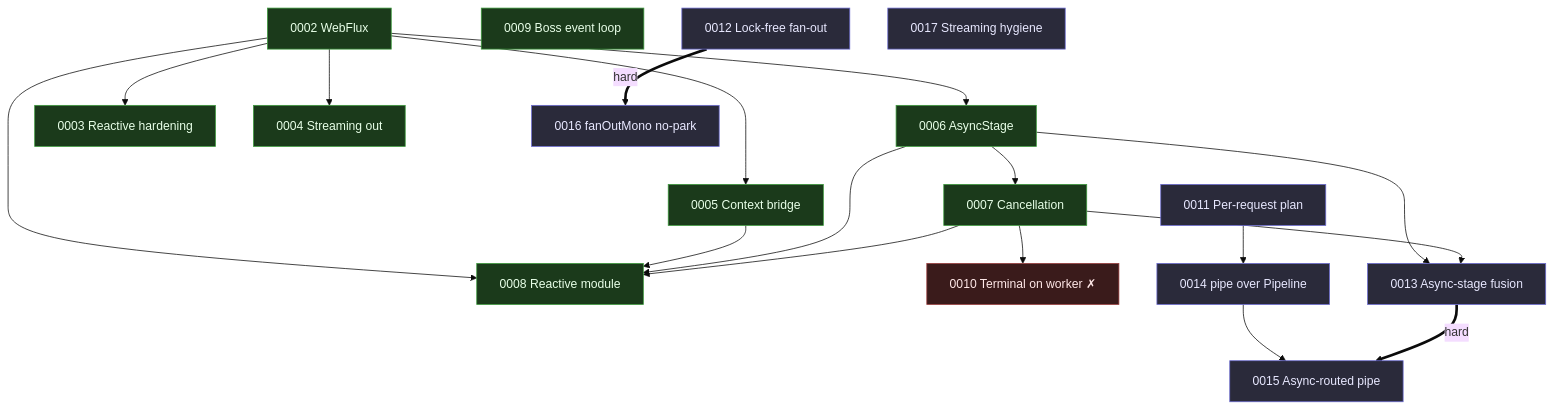
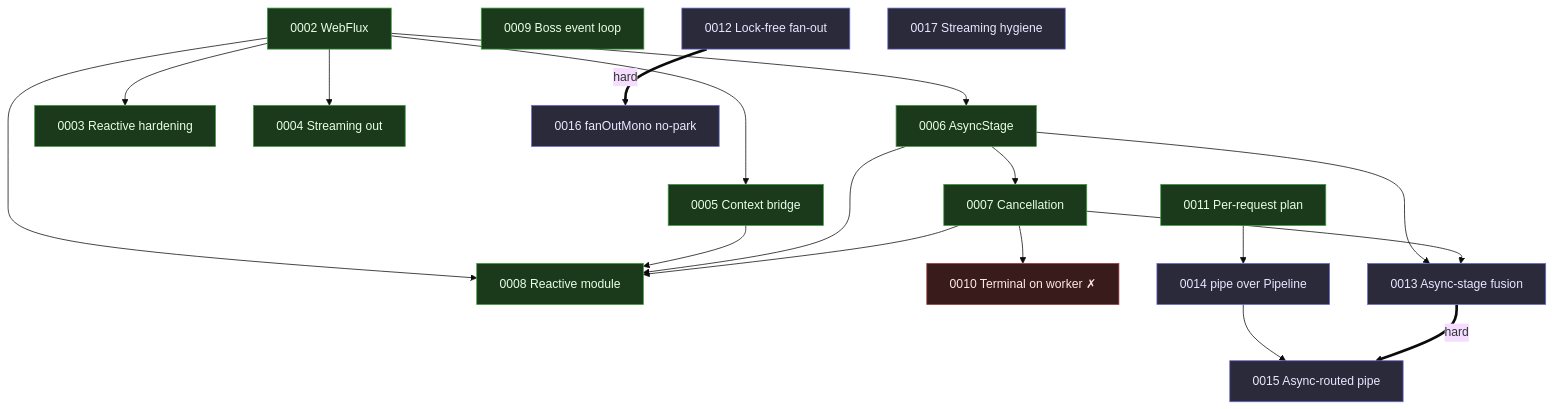
One commit to fabiangftech/nioflow changed the diagram in docs/rfc/0000-index.md. Above: the diagram before and after it, drawn with Mermaid (base theme). The commit also changed other lines of this file and 17 other files, not shown here.

````diff
--- a/docs/rfc/0000-index.md
+++ b/docs/rfc/0000-index.md
@@ -35,40 +37,40 @@
 ```mermaid
 flowchart TD
     classDef done fill:#1b3a1b,stroke:#3c9a3c,color:#e8ffe8
     classDef prop fill:#2a2a3a,stroke:#6a6ad0,color:#e8e8ff
     classDef rej fill:#3a1b1b,stroke:#9a3c3c,color:#ffe8e8
     classDef hard stroke-width:3px
 
     %% ── implemented (0001–0008) ──
     R0002["0002 WebFlux"]:::done
     R0006["0006 AsyncStage"]:::done
     R0007["0007 Cancellation"]:::done
     R0002 --> R0006 --> R0007
     R0002 --> R0003["0003 Reactive hardening"]:::done
     R0002 --> R0004["0004 Streaming out"]:::done
     R0002 --> R0005["0005 Context bridge"]:::done
     R0002 --> R0008["0008 Reactive module"]:::done
     R0005 --> R0008
     R0006 --> R0008
     R0007 --> R0008
 
     %% ── proposed core (0009–0013) ──
     R0009["0009 Boss event loop"]:::done
     R0010["0010 Terminal on worker ✗"]:::rej
-    R0011["0011 Per-request plan"]:::prop
+    R0011["0011 Per-request plan"]:::done
     R0012["0012 Lock-free fan-out"]:::prop
     R0013["0013 Async-stage fusion"]:::prop
     R0007 --> R0010
     R0006 --> R0013
     R0007 --> R0013
 
     %% ── proposed reactive (0014–0017) ──
     R0014["0014 pipe over Pipeline"]:::prop
     R0015["0015 Async-routed pipe"]:::prop
     R0016["0016 fanOutMono no-park"]:::prop
     R0017["0017 Streaming hygiene"]:::prop
     R0011 --> R0014
     R0014 --> R0015
     R0013 == hard ==> R0015
     R0012 == hard ==> R0016
 ```
````
